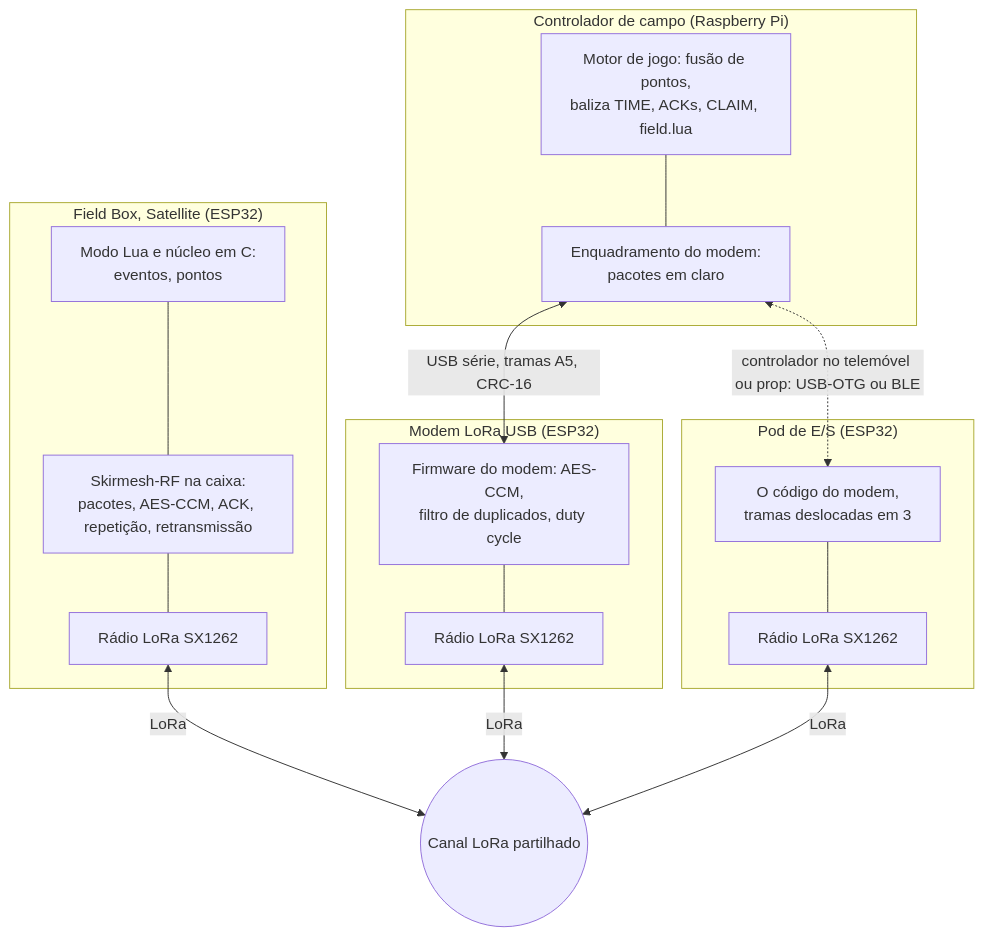
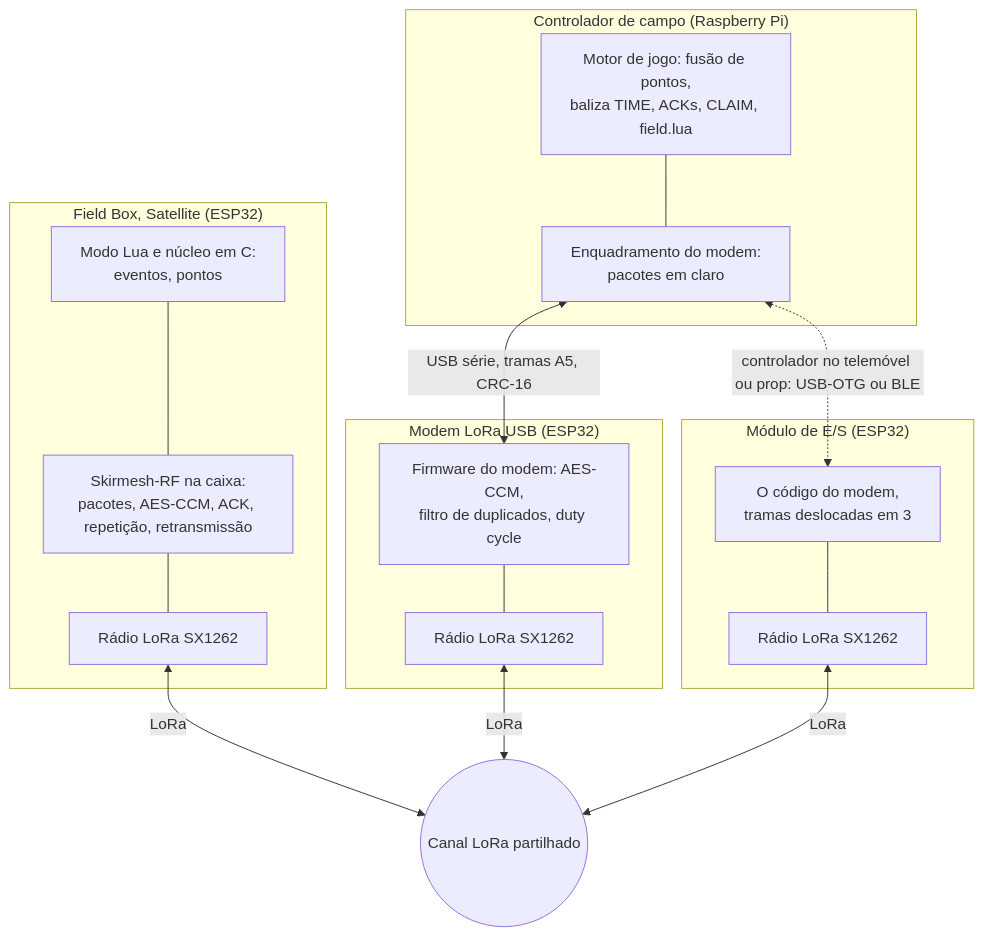
One commit to vakaobr/atalaia-project changed the second of 7 diagrams in docs/architecture.pt.md. Above: the diagram before and after it, drawn with Mermaid. The commit also changed other lines of this file and 6 other files, not shown here.

First line of the commit message:
Architecture, pt: the glossary's terms (marcador, módulo de E/S, chave/carga de entrada) in the site's diagram labels and the pt doc; pt SVGs redrawn

````diff
--- a/docs/architecture.pt.md
+++ b/docs/architecture.pt.md
@@ -129,30 +129,30 @@
 ```mermaid
 flowchart TB
     subgraph bx["Field Box, Satellite (ESP32)"]
         bgame["Modo Lua e núcleo em C:<br/>eventos, pontos"]
         bnet["Skirmesh-RF na caixa:<br/>pacotes, AES-CCM, ACK, repetição, retransmissão"]
         bphy["Rádio LoRa SX1262"]
     end
     subgraph ct["Controlador de campo (Raspberry Pi)"]
         cgame["Motor de jogo: fusão de pontos,<br/>baliza TIME, ACKs, CLAIM, field.lua"]
         cser["Enquadramento do modem:<br/>pacotes em claro"]
     end
     subgraph md["Modem LoRa USB (ESP32)"]
         mnet["Firmware do modem: AES-CCM,<br/>filtro de duplicados, duty cycle"]
         mphy["Rádio LoRa SX1262"]
     end
-    subgraph pd["Pod de E/S (ESP32)"]
+    subgraph pd["Módulo de E/S (ESP32)"]
         pnet["O código do modem,<br/>tramas deslocadas em 3"]
         pphy["Rádio LoRa SX1262"]
     end
     air(("Canal LoRa partilhado"))
     bgame --- bnet --- bphy
     mnet --- mphy
     pnet --- pphy
     cgame --- cser
     bphy <-->|"LoRa"| air
     mphy <-->|"LoRa"| air
     pphy <-->|"LoRa"| air
     cser <-->|"USB série, tramas A5, CRC-16"| mnet
     cser <-.->|"controlador no telemóvel ou prop: USB-OTG ou BLE"| pnet
 ```
````
